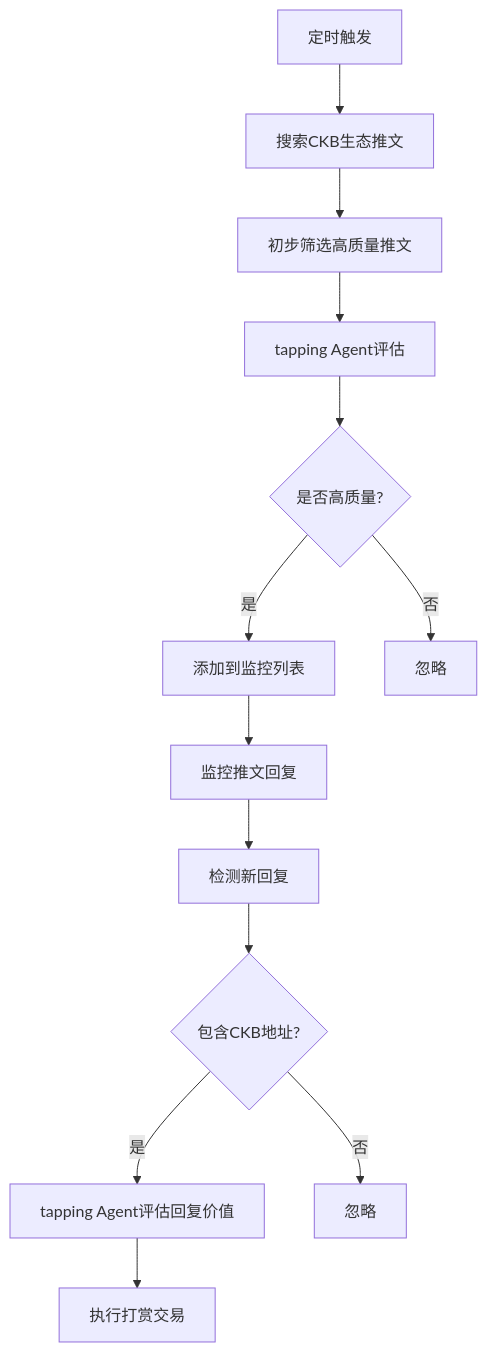
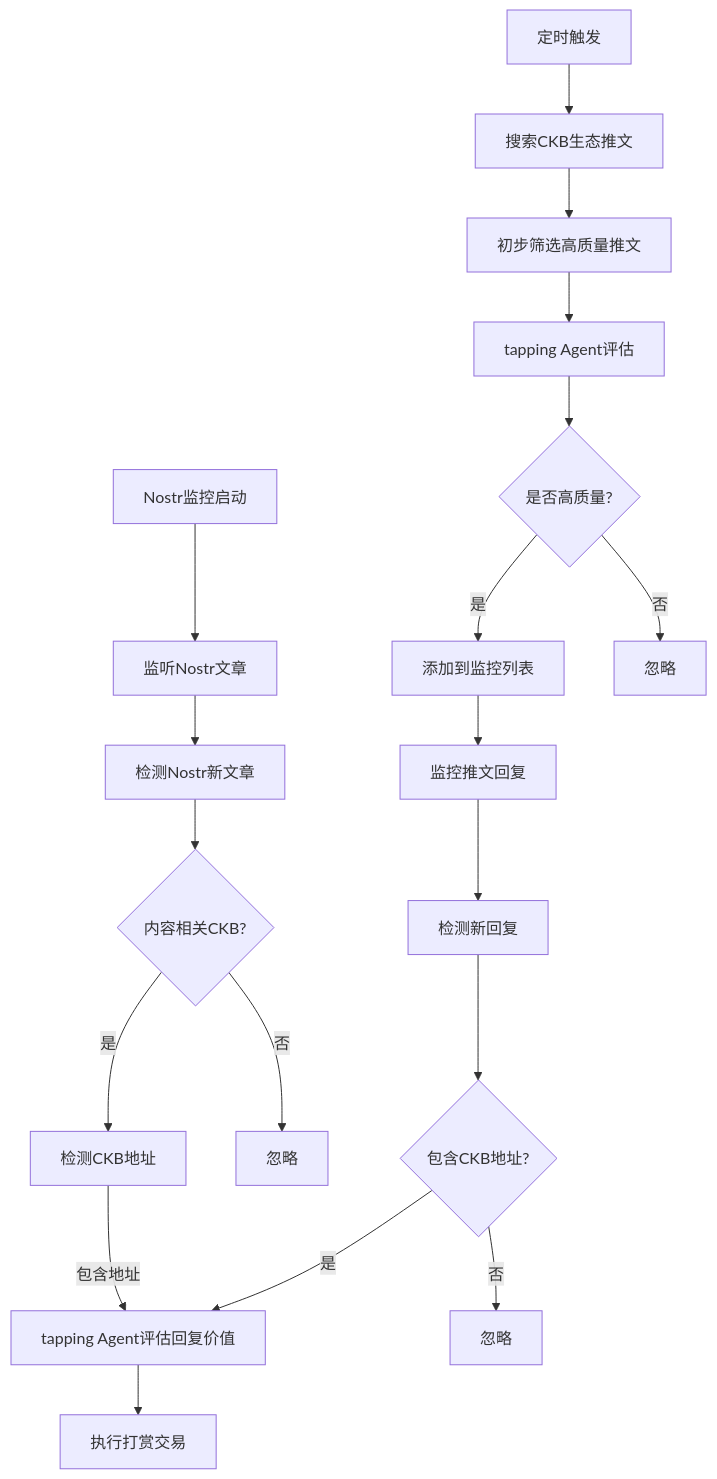
The second of 3 diagrams in README.md (D-lyw/tipping-agent), drawn with Mermaid before and after one commit. The commit also changed other lines of this file and 22 other files, not shown here.

````diff
--- a/README.md
+++ b/README.md
@@ -94,18 +99,25 @@
 ```mermaid
 flowchart TD
     A[定时触发] --> B[搜索CKB生态推文]
-    B --> C[初步筛选高质量推文]
-    C --> D[tapping Agent评估]
-    D --> E{是否高质量?}
-    E -->|是| F[添加到监控列表]
-    E -->|否| G[忽略]
-    F --> H[监控推文回复]
-    H --> I[检测新回复]
-    I --> J{包含CKB地址?}
-    J -->|是| K[tapping Agent评估回复价值]
-    J -->|否| L[忽略]
-    K --> M[执行打赏交易]
+    C[Nostr监控启动] --> N[监听Nostr文章]
+    B --> D[初步筛选高质量推文]
+    D --> E[tapping Agent评估]
+    E --> F{是否高质量?}
+    F -->|是| G[添加到监控列表]
+    F -->|否| H[忽略]
+    G --> I[监控推文回复]
+    N --> O[检测Nostr新文章]
+    I --> J[检测新回复]
+    O --> P{内容相关CKB?}
+    P -->|是| Q[检测CKB地址]
+    P -->|否| R[忽略]
+    J --> K{包含CKB地址?}
+    K -->|是| L[tapping Agent评估回复价值]
+    K -->|否| M[忽略]
+    Q -->|包含地址| L
+    L --> S[执行打赏交易]
     
-    style E decision
-    style J decision
+    style F decision
+    style K decision
+    style P decision
 ```
````
